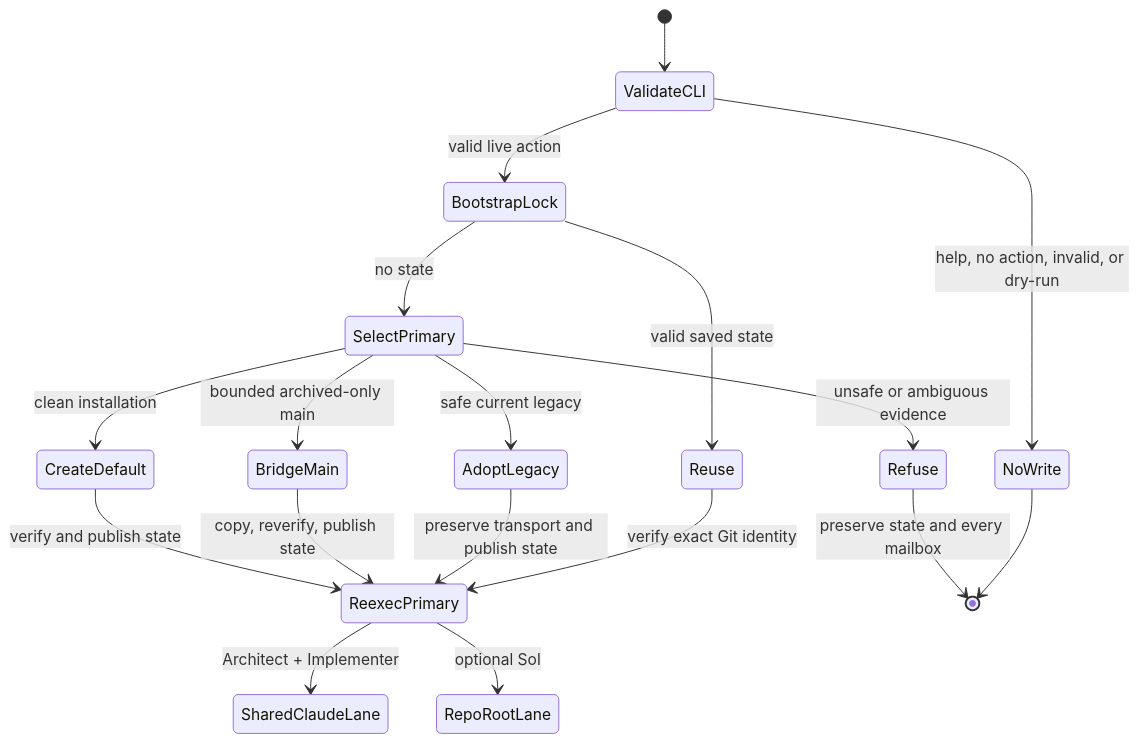
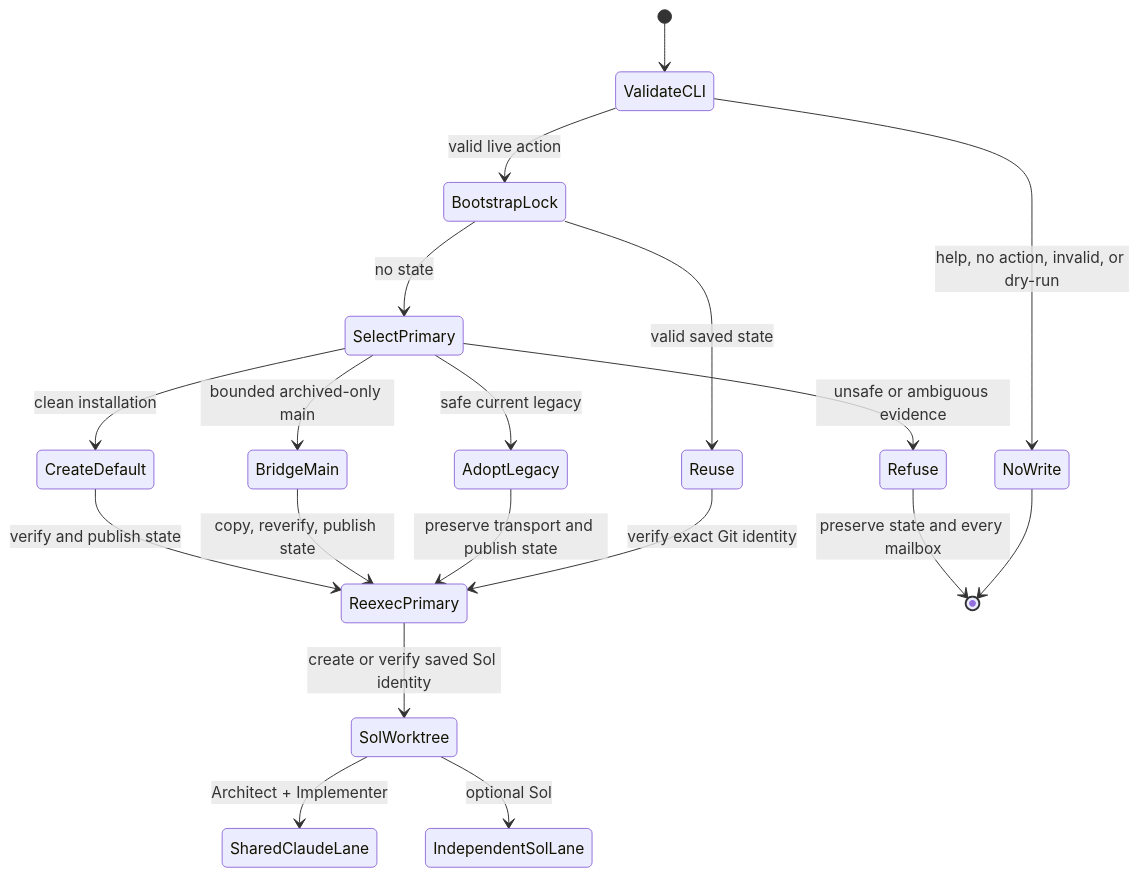
One commit to SBU-COSMOLIKE/emulators_code_v2 changed the diagram in ai/notes/conventions-and-workflow.md. Above: the diagram before and after it, drawn with Mermaid. The commit also changed other lines of this file and 11 other files, not shown here.

Commit message:
Use a dedicated persisted worktree for Sol

````diff
--- a/ai/notes/conventions-and-workflow.md
+++ b/ai/notes/conventions-and-workflow.md
@@ -312,20 +327,21 @@
 ```mermaid
 stateDiagram-v2
   [*] --> ValidateCLI
   ValidateCLI --> NoWrite: help, no action, invalid, or dry-run
   ValidateCLI --> BootstrapLock: valid live action
   BootstrapLock --> Reuse: valid saved state
   BootstrapLock --> SelectPrimary: no state
   SelectPrimary --> CreateDefault: clean installation
   SelectPrimary --> BridgeMain: bounded archived-only main
   SelectPrimary --> AdoptLegacy: safe current legacy
   SelectPrimary --> Refuse: unsafe or ambiguous evidence
   CreateDefault --> ReexecPrimary: verify and publish state
   BridgeMain --> ReexecPrimary: copy, reverify, publish state
   AdoptLegacy --> ReexecPrimary: preserve transport and publish state
   Reuse --> ReexecPrimary: verify exact Git identity
-  ReexecPrimary --> SharedClaudeLane: Architect + Implementer
-  ReexecPrimary --> RepoRootLane: optional Sol
+  ReexecPrimary --> SolWorktree: create or verify saved Sol identity
+  SolWorktree --> SharedClaudeLane: Architect + Implementer
+  SolWorktree --> IndependentSolLane: optional Sol
   Refuse --> [*]: preserve state and every mailbox
   NoWrite --> [*]
 ```
````
